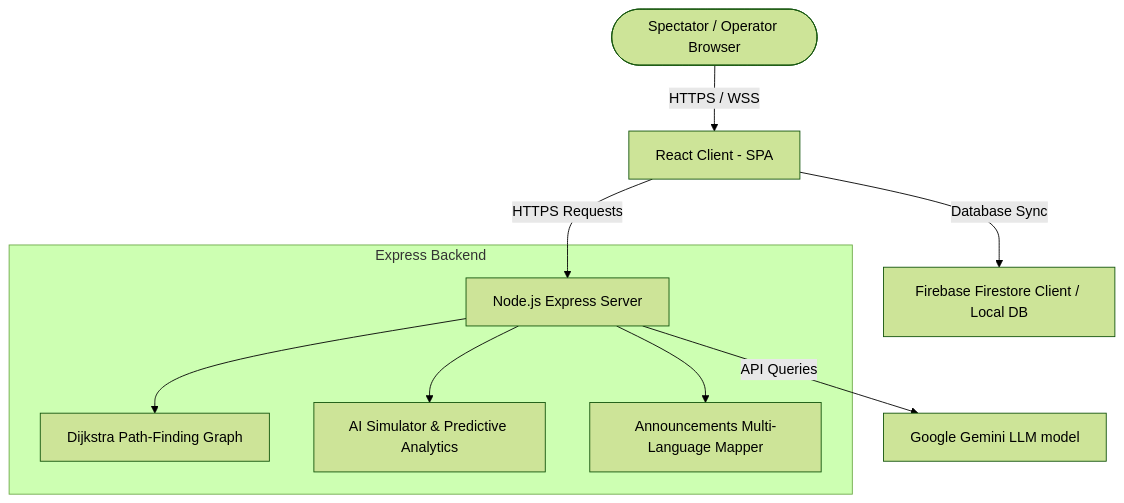
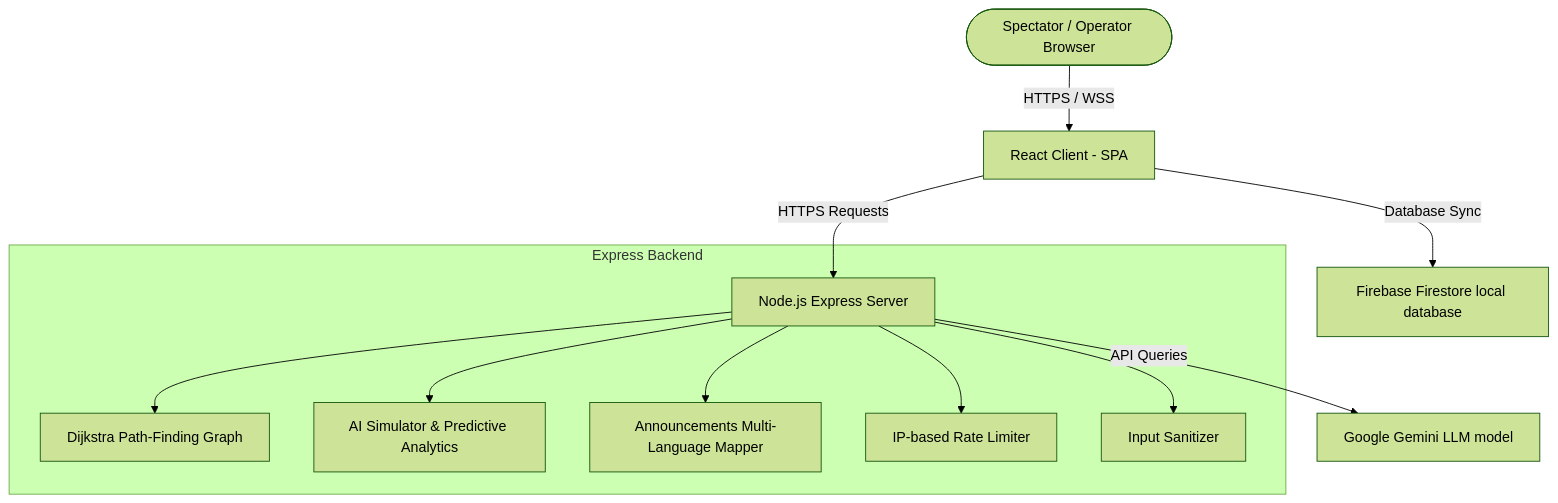
Before and after one commit to neerajnani987-ops/arenamind-ai: the diagram in README.md, drawn with Mermaid (forest theme). The commit also changed other lines of this file and 31 other files, not shown here.

````diff
--- a/README.md
+++ b/README.md
@@ -11,14 +54,16 @@
 ```mermaid
 graph TD
     User([Spectator / Operator Browser]) -->|HTTPS / WSS| Frontend[React Client - SPA]
-    Frontend -->|Database Sync| Firestore[Firebase Firestore Client / Local DB]
+    Frontend -->|Database Sync| Emulator[Firebase Firestore local database]
     Frontend -->|HTTPS Requests| ExpressServer[Node.js Express Server]
     
     subgraph Express Backend
         ExpressServer --> RoutingEngine[Dijkstra Path-Finding Graph]
         ExpressServer --> PredictionModel[AI Simulator & Predictive Analytics]
         ExpressServer --> TranslationService[Announcements Multi-Language Mapper]
+        ExpressServer --> RateLimiter[IP-based Rate Limiter]
+        ExpressServer --> XSSSanitizer[Input Sanitizer]
     end
     
     ExpressServer -->|API Queries| Gemini[Google Gemini LLM model]
 ```
````
